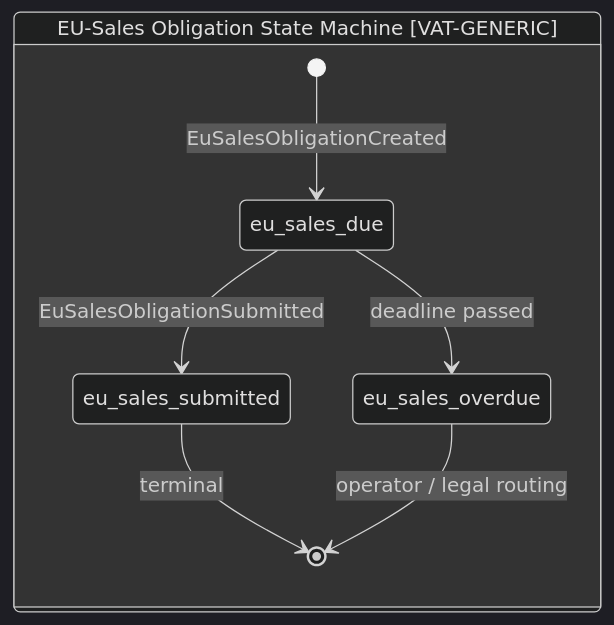
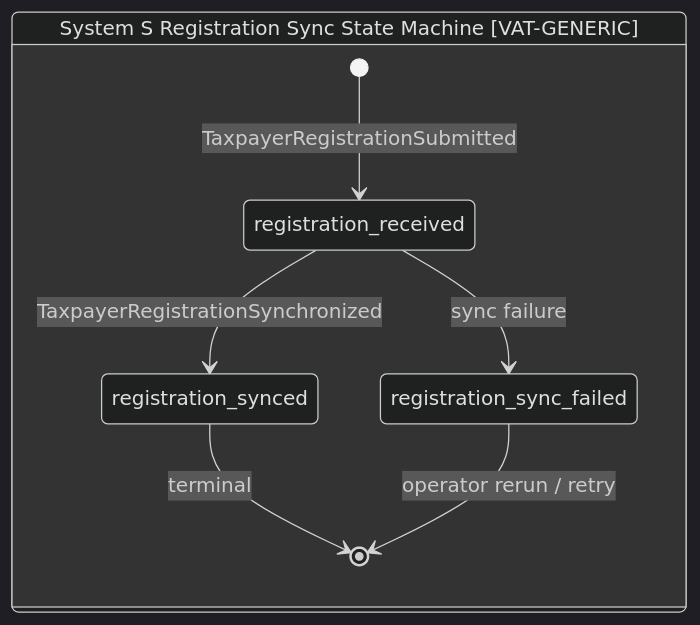
Before and after one commit to nc-tbi/VATRI-Codex: diagram 14 of 14 in design/01-vat-filing-assessment-solution-design.md, drawn with Mermaid (dark theme). The commit also changed other lines of this file and 15 other files, not shown here.

Commit message:
Update VAT design and architecture docs, resolve OQ blockers, and align ViDA step 1-3

````diff
--- a/design/01-vat-filing-assessment-solution-design.md
+++ b/design/01-vat-filing-assessment-solution-design.md
@@ -533,10 +541,10 @@
 ```mermaid
 stateDiagram-v2
-    state "EU-Sales Obligation State Machine [VAT-GENERIC]" as ESM {
-        [*] --> eu_sales_due : EuSalesObligationCreated
-        eu_sales_due --> eu_sales_submitted : EuSalesObligationSubmitted
-        eu_sales_due --> eu_sales_overdue : deadline passed
-        eu_sales_submitted --> [*] : terminal
-        eu_sales_overdue --> [*] : operator / legal routing
+    state "System S Registration Sync State Machine [VAT-GENERIC]" as ESM {
+        [*] --> registration_received : TaxpayerRegistrationSubmitted
+        registration_received --> registration_synced : TaxpayerRegistrationSynchronized
+        registration_received --> registration_sync_failed : sync failure
+        registration_synced --> [*] : terminal
+        registration_sync_failed --> [*] : operator rerun / retry
     }
 ```
````
